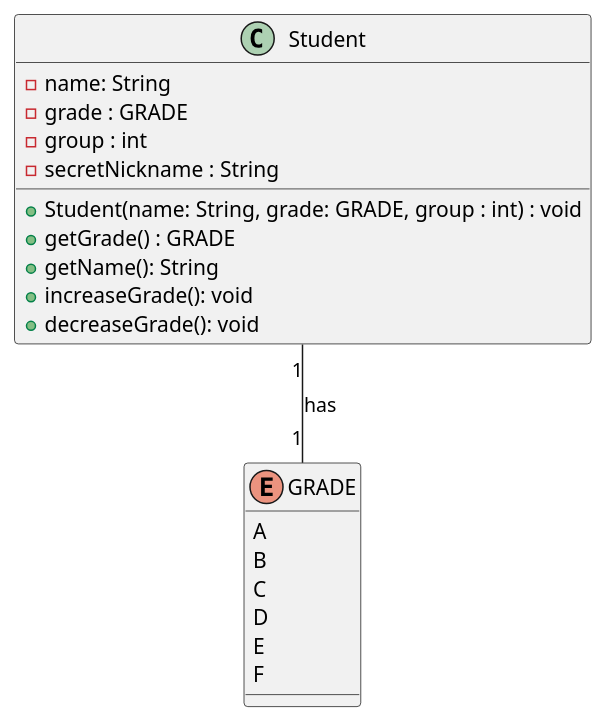
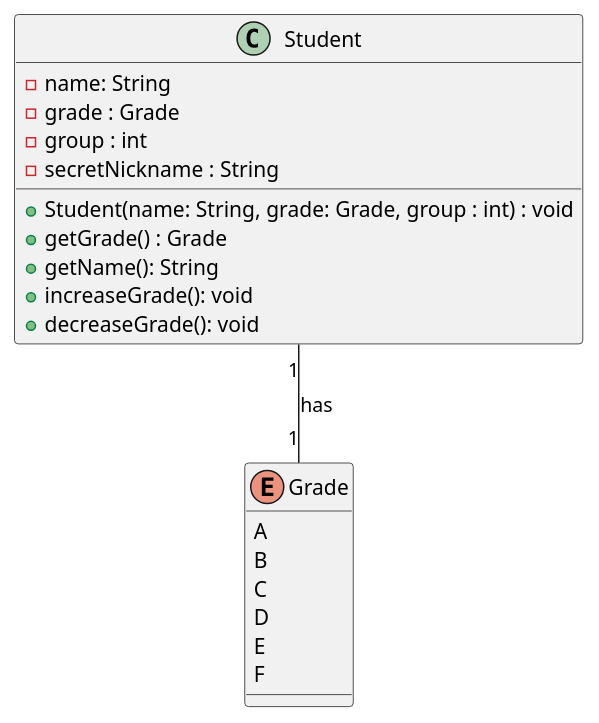
Before and after one commit to abinormal/oop-uml-student-class: the diagram in Student.puml, drawn with PlantUML. The commit also changed 2 other files, not shown here.

Commit message:
Renamed GRADE to Grade since it's a type of class and did a little code tidying up.

```diff
--- a/Student.puml
+++ b/Student.puml
@@ -1,27 +1,27 @@
 @startuml
 'https://plantuml.com/class-diagram
 
 class Student {
     - name: String
-    - grade : GRADE
+    - grade : Grade
     - group : int
     - secretNickname : String
-    + Student(name: String, grade: GRADE, group : int) : void
-    + getGrade() : GRADE
+    + Student(name: String, grade: Grade, group : int) : void
+    + getGrade() : Grade
     + getName(): String
     + increaseGrade(): void
     + decreaseGrade(): void
 }
 
-Student "1" -- "1" GRADE : has
+Student "1" -- "1" Grade : has
 
-enum GRADE {
+enum Grade {
 A
 B
 C
 D
 E
 F
 }
 
 @enduml
```
